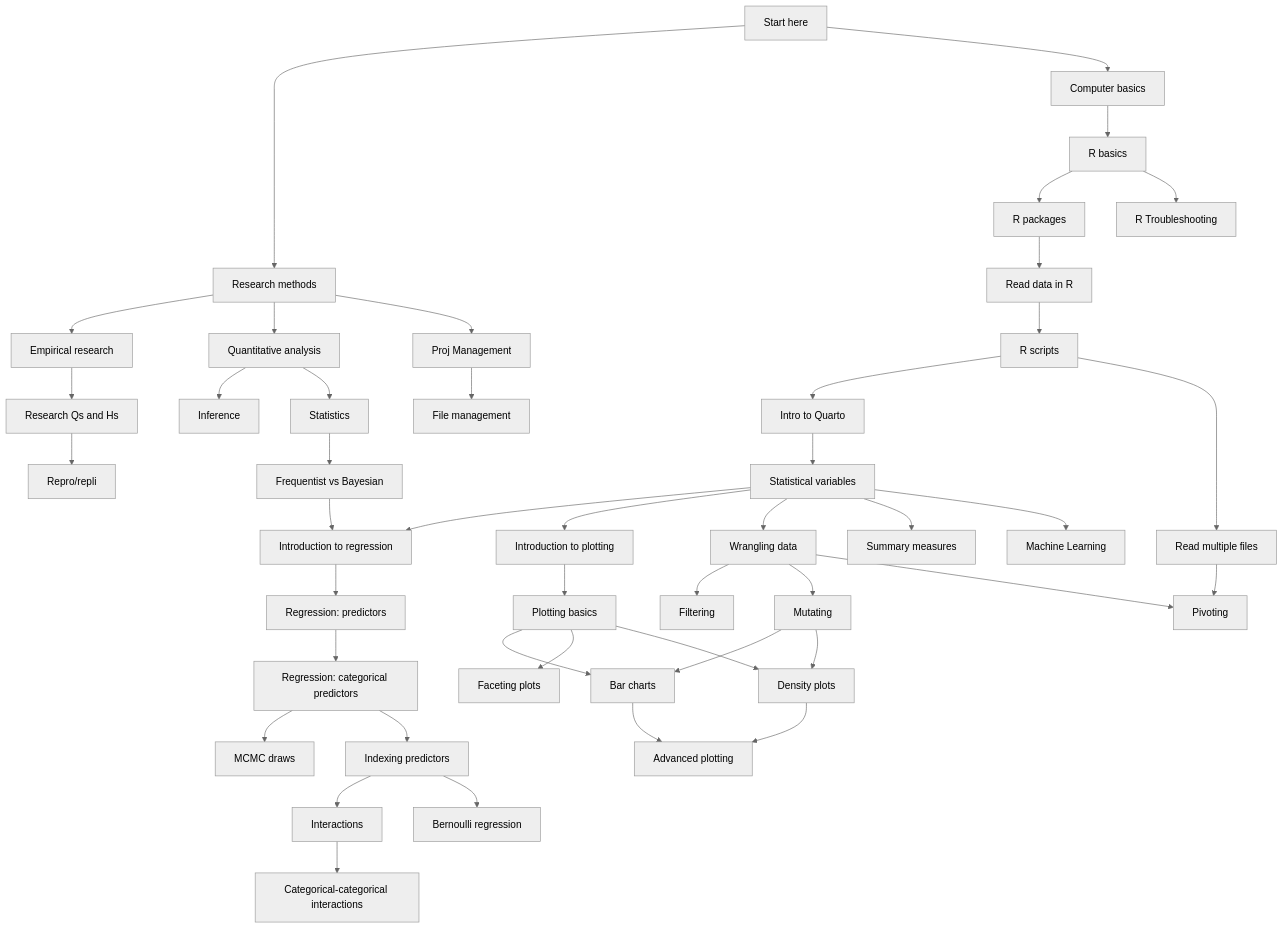
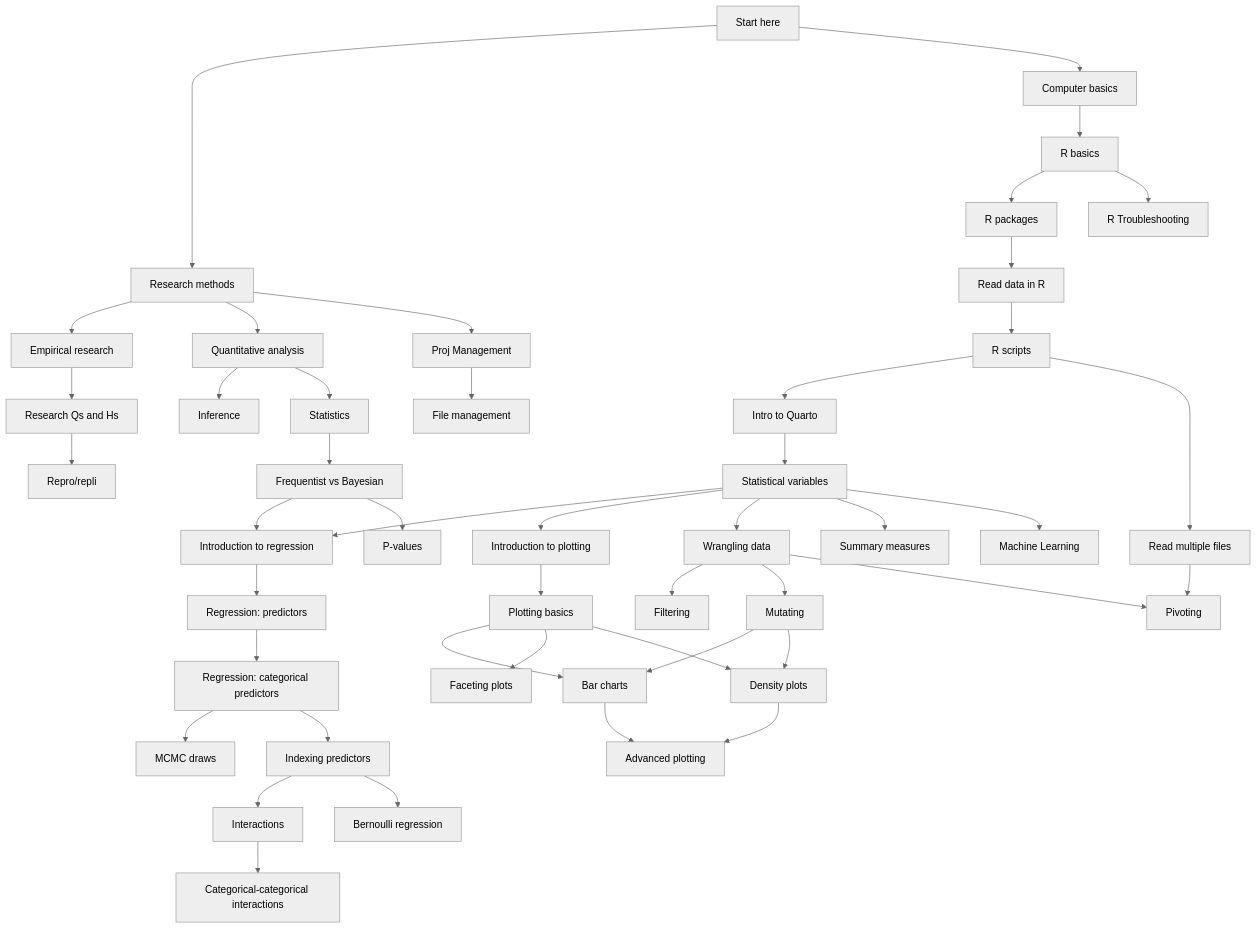
The diagram in map.qmd (uoelel/qml), drawn with Mermaid (neutral theme) before and after one commit. The commit also changed 12 other files, not shown here.

```diff
--- a/map.qmd
+++ b/map.qmd
@@ -81,6 +81,8 @@
   
   AO[Frequentist vs Bayesian]
   click AO href "posts/freq-bayes.html" "Go to page"
+  AP[P-values]
+  click AP href "posts/p-values.html" "Go to page"
   
   R[Regression: predictors]
   click R href "posts/intro-regression-predictors.html" "Go to page"
@@ -110,7 +112,7 @@
   D --> AN & G
   AN --> H
   AH --> AO
-  AO --> J
+  AO --> J & AP
   
   H --> AM
   AM --> F & I
```
